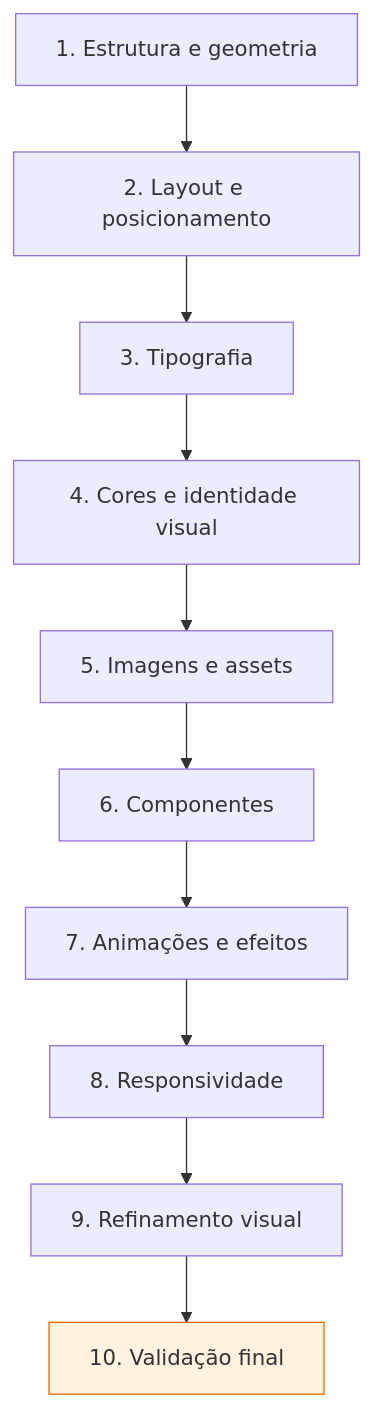
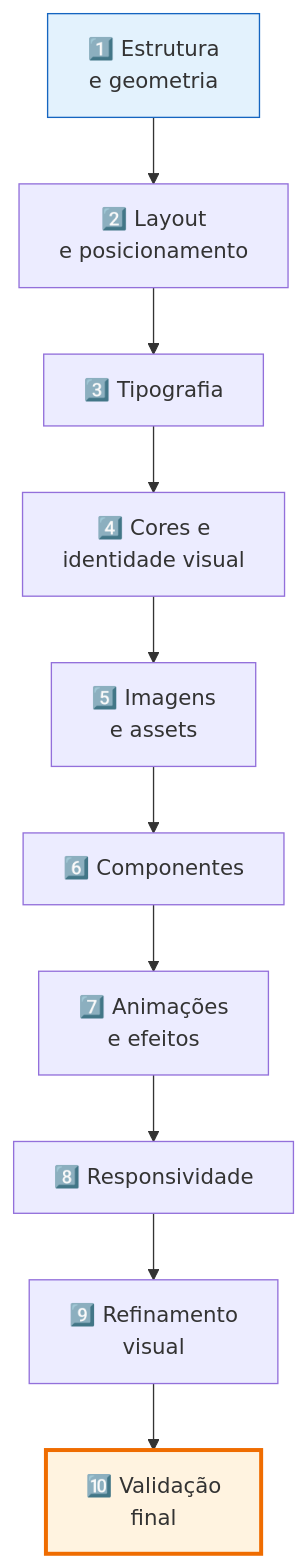
Before and after one commit to pedrohen-lopes/VISUAL-REFERENCE-INTELLIGENCE: the third of 4 diagrams in README.md, drawn with Mermaid. The commit also changed other lines of this file, not shown here.

First line of the commit message:
docs: polish README with visual hierarchy, badges, tables, and diagrams

````diff
--- a/README.md
+++ b/README.md
@@ -123,13 +173,14 @@
 ```mermaid
 flowchart TD
-    S1[1. Estrutura e geometria] --> S2[2. Layout e posicionamento]
-    S2 --> S3[3. Tipografia]
-    S3 --> S4[4. Cores e identidade visual]
-    S4 --> S5[5. Imagens e assets]
-    S5 --> S6[6. Componentes]
-    S6 --> S7[7. Animações e efeitos]
-    S7 --> S8[8. Responsividade]
-    S8 --> S9[9. Refinamento visual]
-    S9 --> S10[10. Validação final]
-    style S10 fill:#fff3e0,stroke:#ef6c00
+    S1[1️⃣ Estrutura<br/>e geometria] --> S2[2️⃣ Layout<br/>e posicionamento]
+    S2 --> S3[3️⃣ Tipografia]
+    S3 --> S4[4️⃣ Cores e<br/>identidade visual]
+    S4 --> S5[5️⃣ Imagens<br/>e assets]
+    S5 --> S6[6️⃣ Componentes]
+    S6 --> S7[7️⃣ Animações<br/>e efeitos]
+    S7 --> S8[8️⃣ Responsividade]
+    S8 --> S9[9️⃣ Refinamento<br/>visual]
+    S9 --> S10[🔟 Validação<br/>final]
+    style S1 fill:#e3f2fd,stroke:#1565c0
+    style S10 fill:#fff3e0,stroke:#ef6c00,stroke-width:3px
 ```
````
